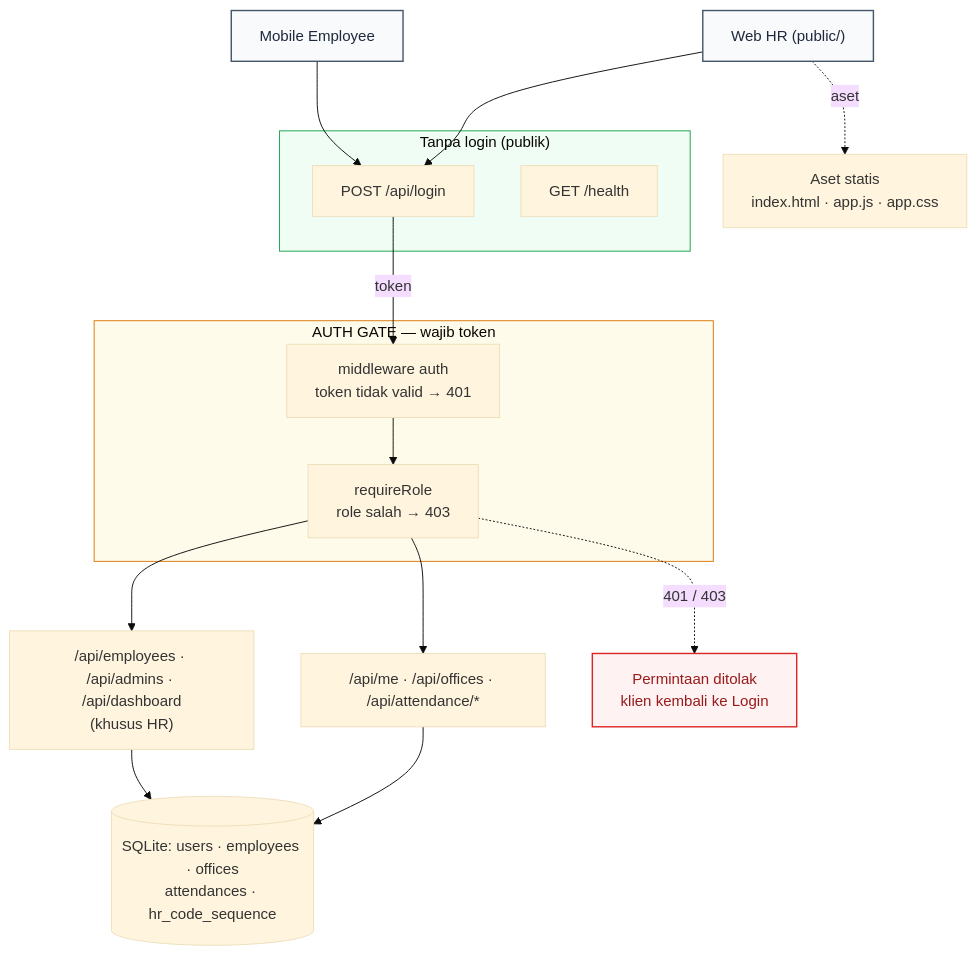
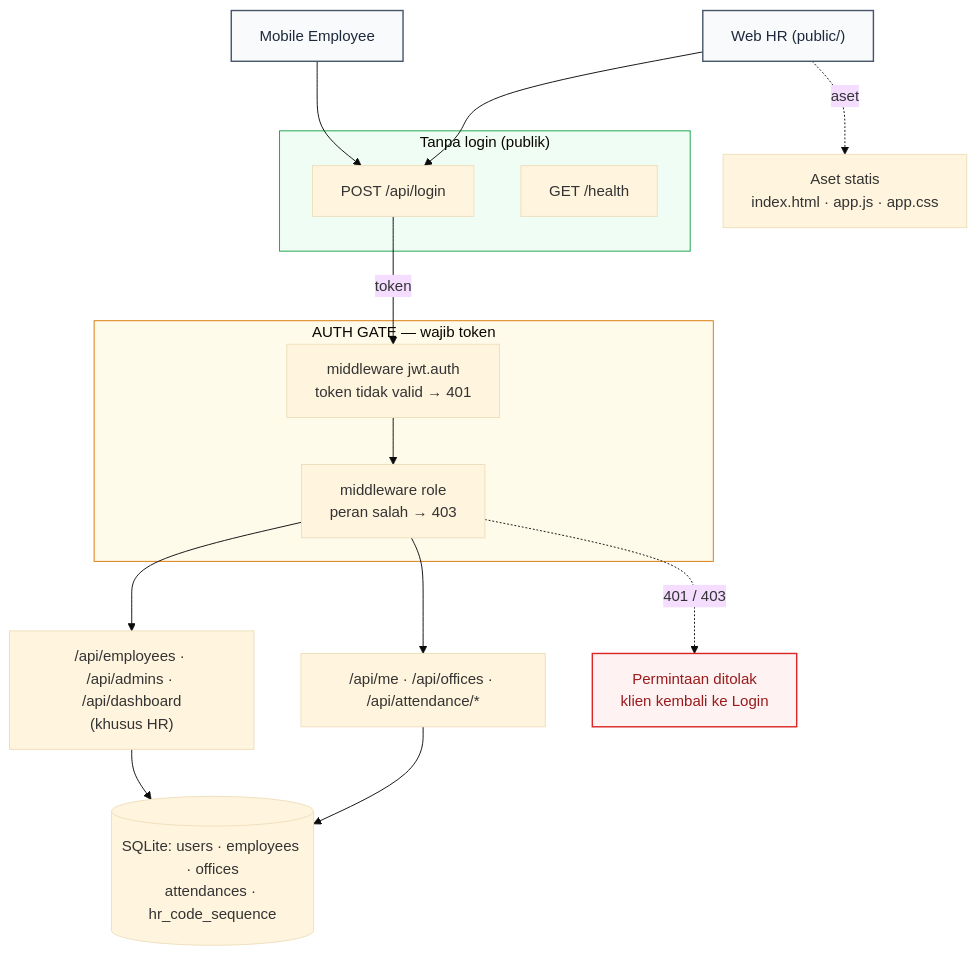
Before and after one commit to faizmarwan2/Project1: the diagram in docs/project-a/01-SRS.md, drawn with Mermaid (base theme). The commit also changed other lines of this file and 20 other files, not shown here.

````diff
--- a/docs/project-a/01-SRS.md
+++ b/docs/project-a/01-SRS.md
@@ -123,40 +126,40 @@
 ```mermaid
 flowchart TB
     WEB["Web HR (public/)"]
     MOB["Mobile Employee"]
 
     subgraph PUB["Tanpa login (publik)"]
         LG["POST /api/login"]
         HC["GET /health"]
     end
 
     ST["Aset statis<br/>index.html · app.js · app.css"]
 
     subgraph GATE["AUTH GATE — wajib token"]
-        MW["middleware auth<br/>token tidak valid → 401"]
-        RG["requireRole<br/>role salah → 403"]
+        MW["middleware jwt.auth<br/>token tidak valid → 401"]
+        RG["middleware role<br/>peran salah → 403"]
     end
 
     E1["/api/me · /api/offices · /api/attendance/*"]
     E2["/api/employees · /api/admins · /api/dashboard<br/>(khusus HR)"]
     DB[("SQLite: users · employees · offices<br/>attendances · hr_code_sequence")]
     DENY["Permintaan ditolak<br/>klien kembali ke Login"]:::err
 
     WEB --> LG
     MOB --> LG
     WEB -. "aset" .-> ST
     LG -- "token" --> MW
     MW --> RG
     RG --> E1
     RG --> E2
     E1 --> DB
     E2 --> DB
     RG -. "401 / 403" .-> DENY
 
     classDef err fill:#fef2f2,stroke:#dc2626,color:#991b1b,stroke-width:1.5px;
     classDef cli fill:#f8fafc,stroke:#475569,color:#1e293b,stroke-width:1.5px;
     class WEB,MOB cli;
     style PUB fill:#f0fdf4,stroke:#16a34a
     style GATE fill:#fffbeb,stroke:#d97706
     style DENY fill:#fef2f2
 ```
````
